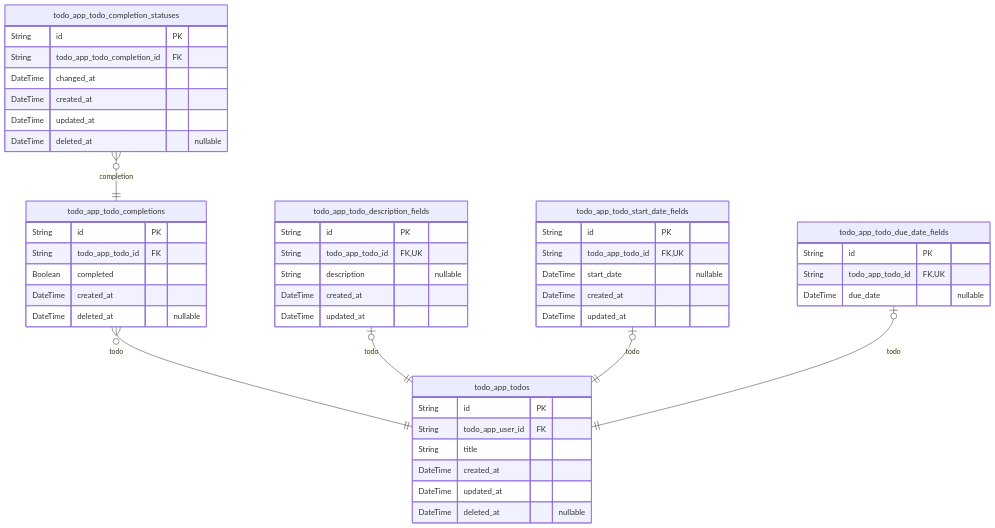
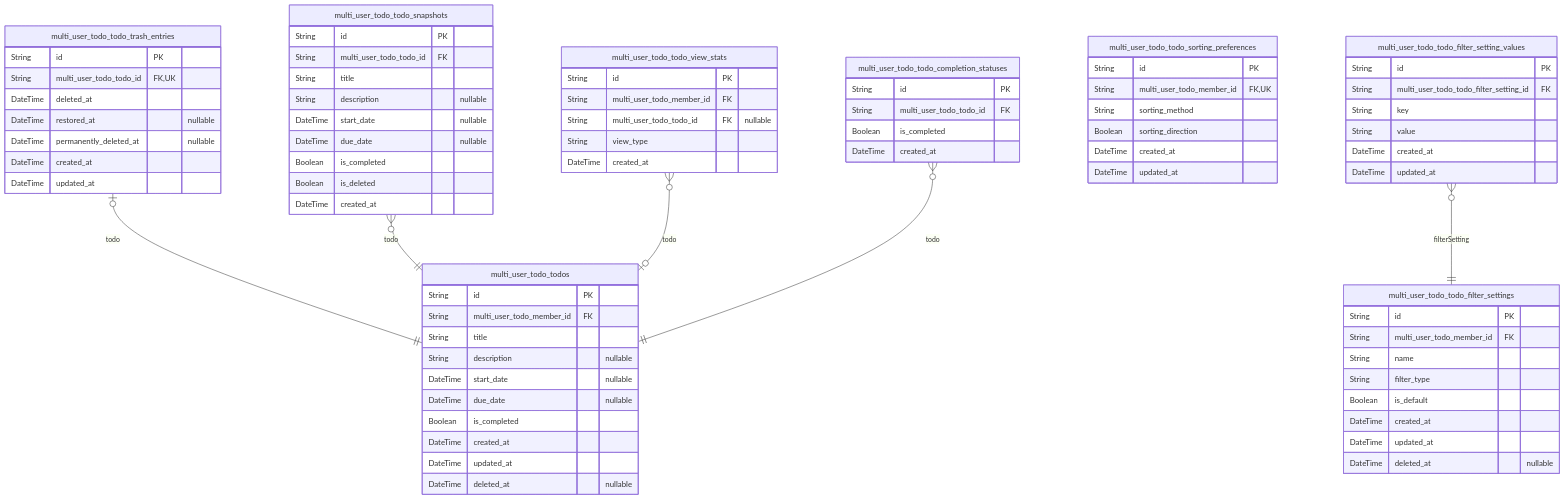
The third of 4 diagrams in deepseek/deepseek-v3.1-terminus-exacto/todo/docs/ERD.md (wrtnlabs/autobe-examples), drawn with Mermaid before and after one commit. The commit also changed other lines of this file and 13530 other files, not shown here.

````diff
--- a/deepseek/deepseek-v3.1-terminus-exacto/todo/docs/ERD.md
+++ b/deepseek/deepseek-v3.1-terminus-exacto/todo/docs/ERD.md
@@ -1351,50 +792,79 @@
 ```mermaid
 erDiagram
-"todo_app_todos" {
+"multi_user_todo_todos" {
   String id PK
-  String todo_app_user_id FK
+  String multi_user_todo_member_id FK
   String title
+  String description "nullable"
+  DateTime start_date "nullable"
+  DateTime due_date "nullable"
+  Boolean is_completed
   DateTime created_at
   DateTime updated_at
   DateTime deleted_at "nullable"
 }
-"todo_app_todo_completions" {
+"multi_user_todo_todo_trash_entries" {
   String id PK
-  String todo_app_todo_id FK
-  Boolean completed
+  String multi_user_todo_todo_id FK,UK
+  DateTime deleted_at
+  DateTime restored_at "nullable"
+  DateTime permanently_deleted_at "nullable"
   DateTime created_at
-  DateTime deleted_at "nullable"
+  DateTime updated_at
 }
-"todo_app_todo_completion_statuses" {
+"multi_user_todo_todo_snapshots" {
   String id PK
-  String todo_app_todo_completion_id FK
-  DateTime changed_at
+  String multi_user_todo_todo_id FK
+  String title
+  String description "nullable"
+  DateTime start_date "nullable"
+  DateTime due_date "nullable"
+  Boolean is_completed
+  Boolean is_deleted
+  DateTime created_at
+}
+"multi_user_todo_todo_filter_settings" {
+  String id PK
+  String multi_user_todo_member_id FK
+  String name
+  String filter_type
+  Boolean is_default
   DateTime created_at
   DateTime updated_at
   DateTime deleted_at "nullable"
 }
-"todo_app_todo_description_fields" {
+"multi_user_todo_todo_view_stats" {
   String id PK
-  String todo_app_todo_id FK,UK
-  String description "nullable"
+  String multi_user_todo_member_id FK
+  String multi_user_todo_todo_id FK "nullable"
+  String view_type
+  DateTime created_at
+}
+"multi_user_todo_todo_completion_statuses" {
+  String id PK
+  String multi_user_todo_todo_id FK
+  Boolean is_completed
+  DateTime created_at
+}
+"multi_user_todo_todo_sorting_preferences" {
+  String id PK
+  String multi_user_todo_member_id FK,UK
+  String sorting_method
+  Boolean sorting_direction
   DateTime created_at
   DateTime updated_at
 }
-"todo_app_todo_start_date_fields" {
+"multi_user_todo_todo_filter_setting_values" {
   String id PK
-  String todo_app_todo_id FK,UK
-  DateTime start_date "nullable"
+  String multi_user_todo_todo_filter_setting_id FK
+  String key
+  String value
   DateTime created_at
   DateTime updated_at
 }
-"todo_app_todo_due_date_fields" {
-  String id PK
-  String todo_app_todo_id FK,UK
-  DateTime due_date "nullable"
-}
-"todo_app_todo_completions" }o--|| "todo_app_todos" : todo
-"todo_app_todo_completion_statuses" }o--|| "todo_app_todo_completions" : completion
-"todo_app_todo_description_fields" |o--|| "todo_app_todos" : todo
-"todo_app_todo_start_date_fields" |o--|| "todo_app_todos" : todo
-"todo_app_todo_due_date_fields" |o--|| "todo_app_todos" : todo
+"multi_user_todo_todo_trash_entries" |o--|| "multi_user_todo_todos" : todo
+"multi_user_todo_todo_snapshots" }o--|| "multi_user_todo_todos" : todo
+"multi_user_todo_todo_view_stats" }o--o| "multi_user_todo_todos" : todo
+"multi_user_todo_todo_completion_statuses" }o--|| "multi_user_todo_todos" : todo
+"multi_user_todo_todo_filter_setting_values" }o--|| "multi_user_todo_todo_filter_settings" : filterSetting
 ```
````
